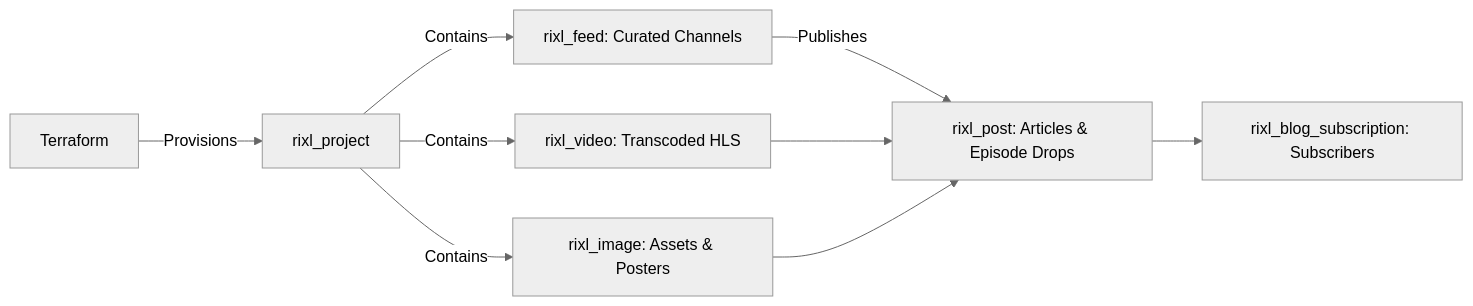
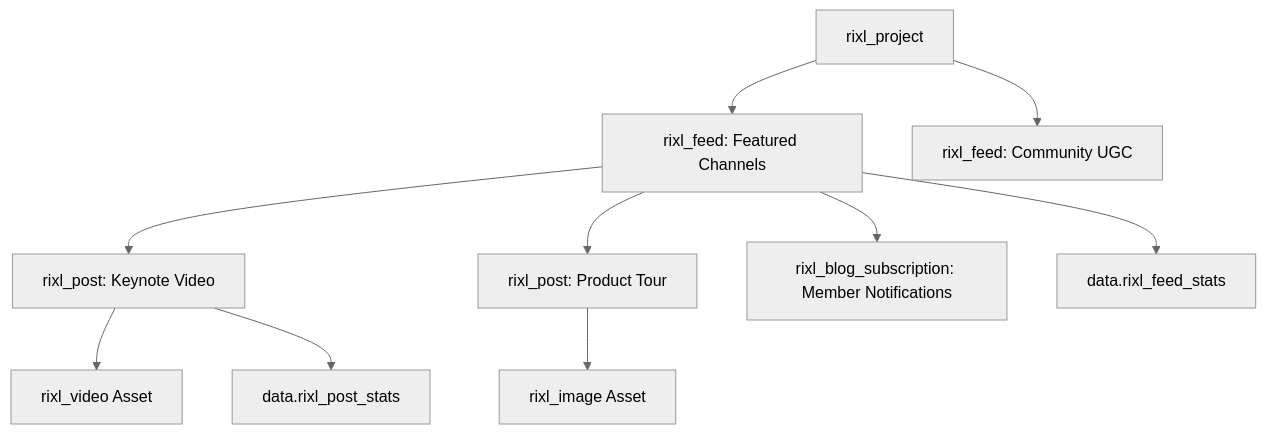
The diagram in templates/guides/content-feeds-and-distribution.md (rixlhq/terraform-provider-rixl), drawn with Mermaid (neutral theme) before and after one commit. The commit also changed other lines of this file and 23 other files, not shown here.

````diff
--- a/templates/guides/content-feeds-and-distribution.md
+++ b/templates/guides/content-feeds-and-distribution.md
@@ -18,11 +16,16 @@
 ```mermaid
-graph LR
-    TF[Terraform] -->|Provisions| Project[rixl_project]
-    Project -->|Contains| Feed[rixl_feed: Curated Channels]
-    Project -->|Contains| Vid[rixl_video: Transcoded HLS]
-    Project -->|Contains| Img[rixl_image: Assets & Posters]
-    Feed -->|Publishes| Post[rixl_post: Articles & Episode Drops]
-    Vid --> Post
-    Img --> Post
-    Post --> Sub[rixl_blog_subscription: Subscribers]
+graph TD
+    Project[rixl_project] --> Feed1[rixl_feed: Featured Channels]
+    Project --> Feed2[rixl_feed: Community UGC]
+    
+    Feed1 --> Post1[rixl_post: Keynote Video]
+    Feed1 --> Post2[rixl_post: Product Tour]
+    
+    Post1 --> Vid[rixl_video Asset]
+    Post2 --> Img[rixl_image Asset]
+    
+    Feed1 --> Sub[rixl_blog_subscription: Member Notifications]
+    
+    Post1 --> Stats[data.rixl_post_stats]
+    Feed1 --> FeedStats[data.rixl_feed_stats]
 ```
````
